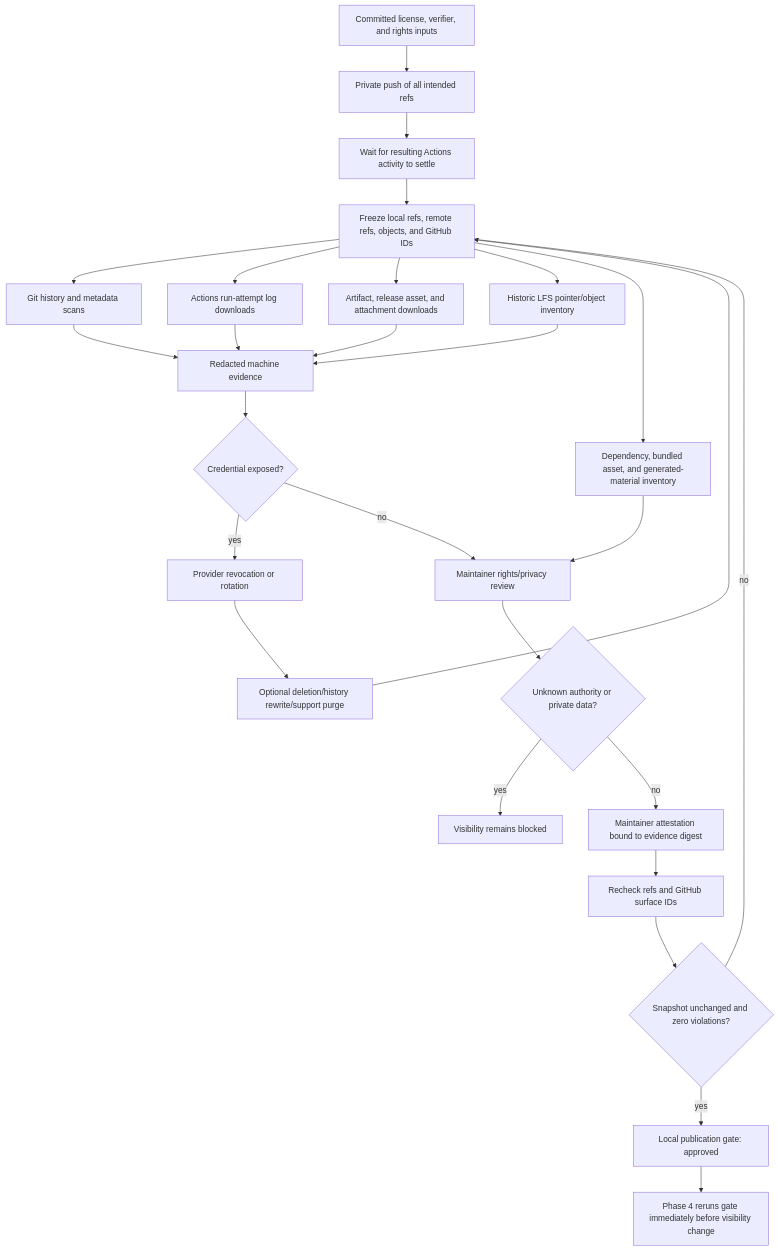
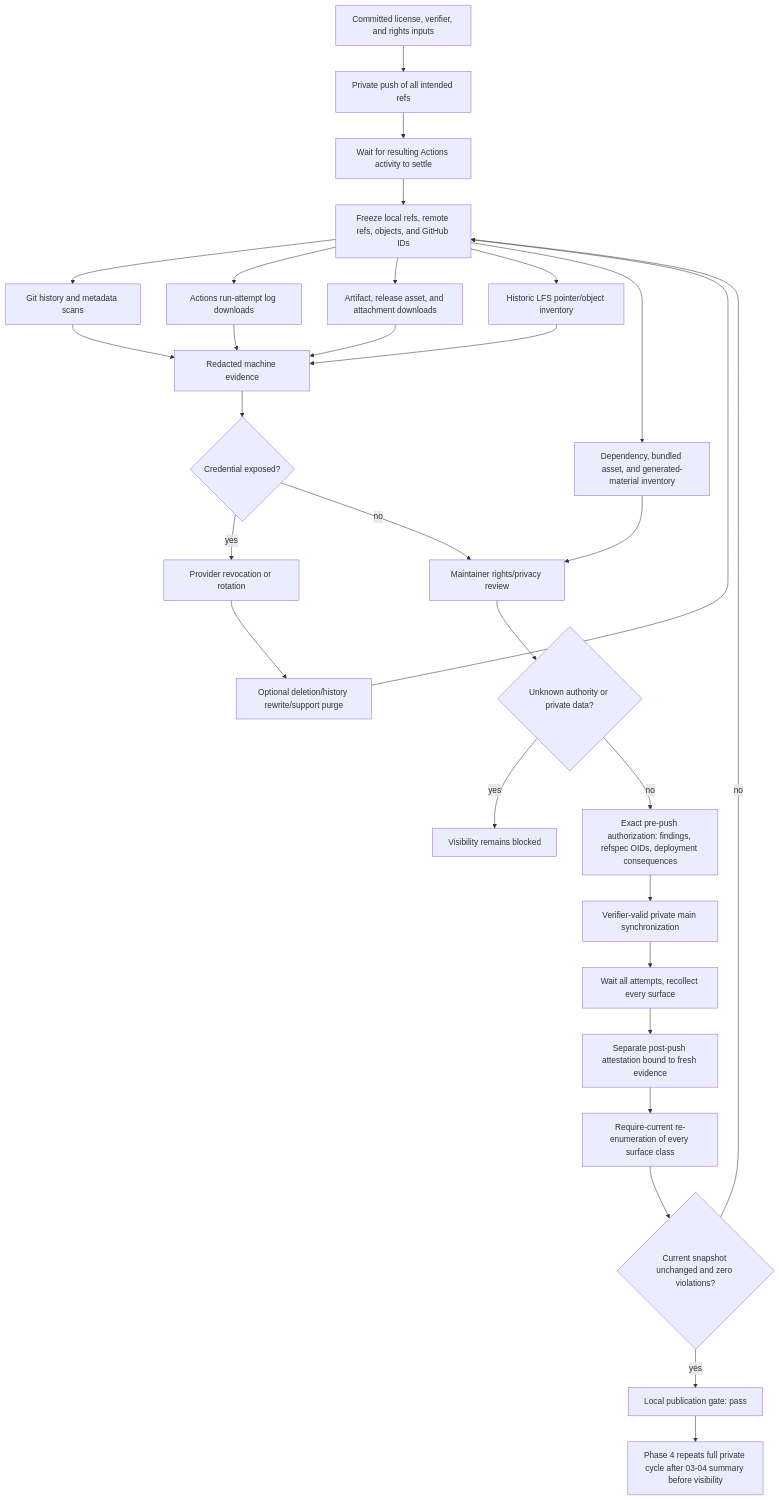
One commit to Ship-With-AI/cumpa changed the diagram in .planning/phases/03-public-disclosure-and-gpl-readiness/03-RESEARCH.md. Above: the diagram before and after it, drawn with Mermaid. The commit also changed other lines of this file and 7 other files, not shown here.

````diff
--- a/.planning/phases/03-public-disclosure-and-gpl-readiness/03-RESEARCH.md
+++ b/.planning/phases/03-public-disclosure-and-gpl-readiness/03-RESEARCH.md
@@ -193,31 +203,34 @@
 ```mermaid
 flowchart TD
     A[Committed license, verifier, and rights inputs] --> B[Private push of all intended refs]
     B --> C[Wait for resulting Actions activity to settle]
     C --> D[Freeze local refs, remote refs, objects, and GitHub IDs]
 
     D --> E[Git history and metadata scans]
     D --> F[Actions run-attempt log downloads]
     D --> G[Artifact, release asset, and attachment downloads]
     D --> H[Historic LFS pointer/object inventory]
     D --> I[Dependency, bundled asset, and generated-material inventory]
 
     E --> J[Redacted machine evidence]
     F --> J
     G --> J
     H --> J
     I --> K[Maintainer rights/privacy review]
     J --> L{Credential exposed?}
     L -- yes --> M[Provider revocation or rotation]
     M --> N[Optional deletion/history rewrite/support purge]
     N --> D
     L -- no --> K
     K --> O{Unknown authority or private data?}
     O -- yes --> P[Visibility remains blocked]
-    O -- no --> Q[Maintainer attestation bound to evidence digest]
-    Q --> R[Recheck refs and GitHub surface IDs]
-    R --> S{Snapshot unchanged and zero violations?}
+    O -- no --> Q[Exact pre-push authorization: findings, refspec OIDs, deployment consequences]
+    Q --> V[Verifier-valid private main synchronization]
+    V --> W[Wait all attempts, recollect every surface]
+    W --> X[Separate post-push attestation bound to fresh evidence]
+    X --> R[Require-current re-enumeration of every surface class]
+    R --> S{Current snapshot unchanged and zero violations?}
     S -- no --> D
-    S -- yes --> T[Local publication gate: approved]
-    T --> U[Phase 4 reruns gate immediately before visibility change]
+    S -- yes --> T[Local publication gate: pass]
+    T --> U[Phase 4 repeats full private cycle after 03-04 summary before visibility]
 ```
````
